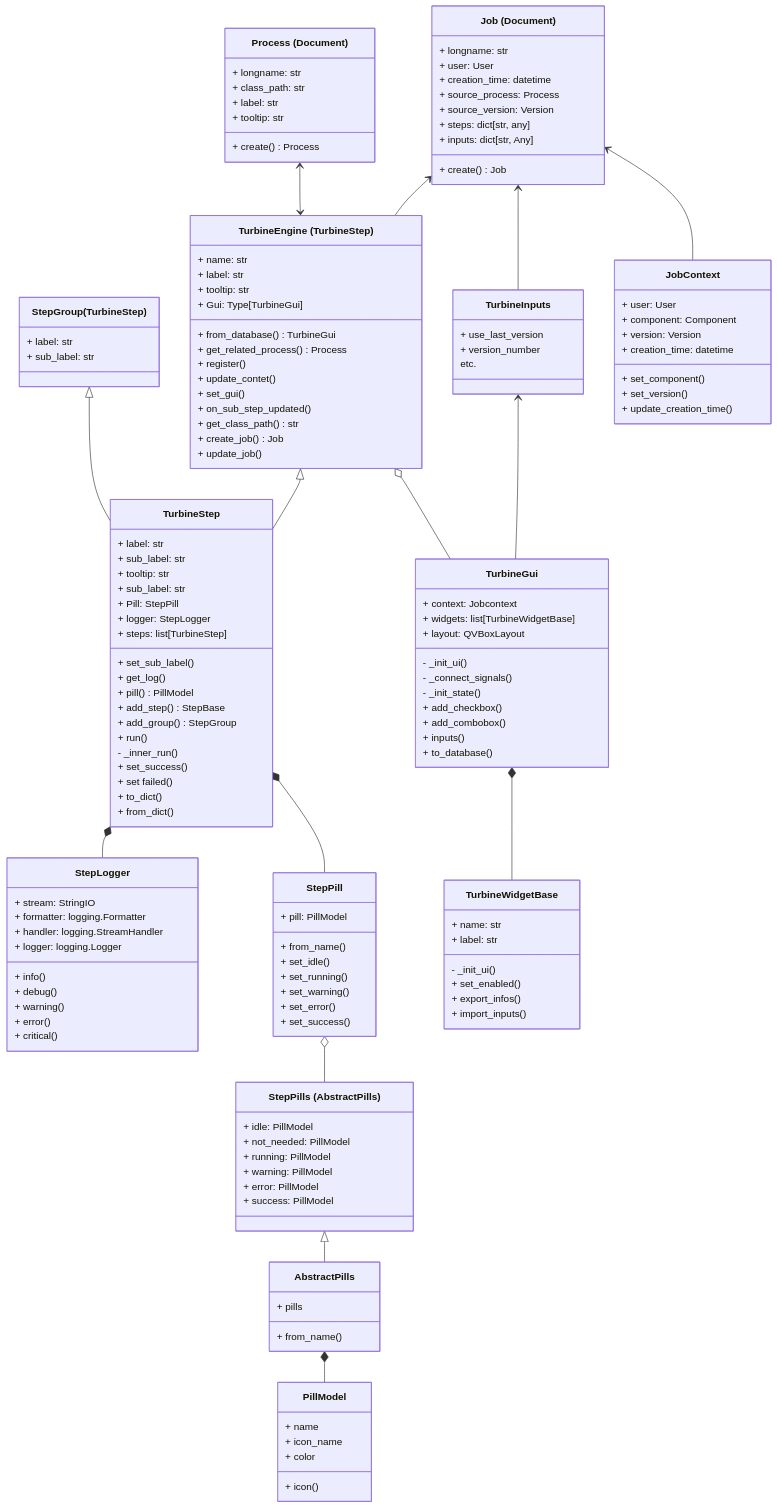
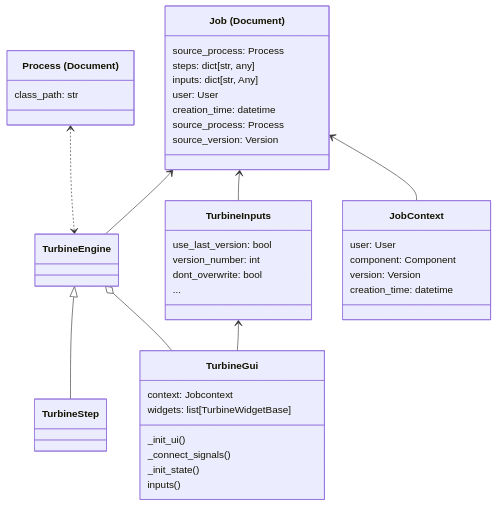
One commit to Martin-Chailloux/Zephyr changed the diagram in Documentation/docs/reference/turbine.md. Above: the diagram before and after it, drawn with Mermaid. The commit also changed other lines of this file and 29 other files, not shown here.

````diff
--- a/Documentation/docs/reference/turbine.md
+++ b/Documentation/docs/reference/turbine.md
@@ -5,174 +41,53 @@
 ``` mermaid
 classDiagram
     direction BT
-
-    StepLogger --* TurbineStep
-    TurbineStep --|> StepGroup
+    
     TurbineStep --|> TurbineEngine
+    TurbineGui --o TurbineEngine
+    TurbineGui --> TurbineInputs
+    TurbineEngine <..> Process
     
-    TurbineEngine <--> Process
     TurbineEngine --> Job
     TurbineInputs --> Job
     JobContext --> Job
-    
-    TurbineWidgetBase --* TurbineGui
-    TurbineGui --o TurbineEngine
-    TurbineGui --> TurbineInputs
 
-    PillModel --* AbstractPills
-    AbstractPills --|> StepPills
-    StepPills --o StepPill
-    StepPill --* TurbineStep
-    
-    class PillModel{
-        + name
-        + icon_name
-        + color
-        + icon()
+    class TurbineGui{
+        context: Jobcontext
+        widgets: list[TurbineWidgetBase]
+        
+        _init_ui()
+        _connect_signals()
+        _init_state()
+        inputs()
     }
-    
-    class AbstractPills{
-        + pills
-        + from_name()
-    }
-    
-    class StepPills["StepPills (AbstractPills)"]{
-        + idle: PillModel
-        + not_needed: PillModel
-        + running: PillModel
-        + warning: PillModel
-        + error: PillModel
-        + success: PillModel
-    }
-    
-    class StepPill{
-        + pill: PillModel
-        
-        + from_name()
-        + set_idle()
-        + set_running()
-        + set_warning()
-        + set_error()
-        + set_success()
-    }
-    
-    class StepLogger{
-        + stream: StringIO
-        + formatter: logging.Formatter
-        + handler: logging.StreamHandler
-        + logger: logging.Logger
-        
-        + info()
-        + debug()
-        + warning()
-        + error()
-        + critical()
-    }
-    
-    class TurbineWidgetBase{
-        + name: str
-        + label: str
-        
-        - _init_ui()
-        + set_enabled()
-        + export_infos()
-        + import_inputs()
-    }
-        
-    class TurbineGui{
-        + context: Jobcontext
-        + widgets: list[TurbineWidgetBase]
-        + layout: QVBoxLayout
-        
-        - _init_ui()
-        - _connect_signals()
-        - _init_state()
-        + add_checkbox()
-        + add_combobox()
-        + inputs()
-        + to_database() 
-    }
-
-    class TurbineStep{
-        + label: str
-        + sub_label: str
-        + tooltip: str
-        + sub_label: str
-        + Pill: StepPill
-        + logger: StepLogger
-        + steps: list[TurbineStep]
-        
-        + set_sub_label()
-        + get_log()
-        + pill() PillModel
-        + add_step() StepBase
-        + add_group() StepGroup
-        + run()
-        - _inner_run()
-        + set_success()
-        + set failed()
-        + to_dict()
-        + from_dict()
-    }
-    
-    class StepGroup["StepGroup(TurbineStep)"] {
-        + label: str
-        + sub_label: str
-    }
-
-    class TurbineEngine["TurbineEngine (TurbineStep)"]{
-        + name: str
-        + label: str
-        + tooltip: str
-        + Gui: Type[TurbineGui]
-        
-        + from_database() TurbineGui
-        + get_related_process() Process
-        + register()
-        + update_contet()
-        + set_gui()
-        + on_sub_step_updated()
-        + get_class_path() str
-        + create_job() Job
-        + update_job()
-    }
-
+     
     class TurbineInputs{
-        + use_last_version
-        + version_number
-        etc.
+        use_last_version: bool
+        version_number: int
+        dont_overwrite: bool
+        ...
     }
     
     class JobContext{
-        + user: User
-        + component: Component
-        + version: Version
-        + creation_time: datetime
-        
-        + set_component()
-        + set_version()
-        + update_creation_time()
+        user: User
+        component: Component
+        version: Version
+        creation_time: datetime
+    }
+      
+    class Job ["Job (Document)"] {
+        source_process: Process
+        steps: dict[str, any]
+        inputs: dict[str, Any]
+        user: User
+        creation_time: datetime
+        source_process: Process
+        source_version: Version
     }
     
+    
     class Process ["Process (Document)"] {
-        + longname: str
-        + class_path: str
-        + label: str
-        + tooltip: str
-        
-        + create() Process
-    }
-    
-    class Job ["Job (Document)"] {
-        + longname: str
-        + user: User
-        + creation_time: datetime
-        + source_process: Process
-        + source_version: Version
-        + steps: dict[str, any]
-        + inputs: dict[str, Any]
-        
-        + create() Job
+        class_path: str
     }
 
 ```
````
